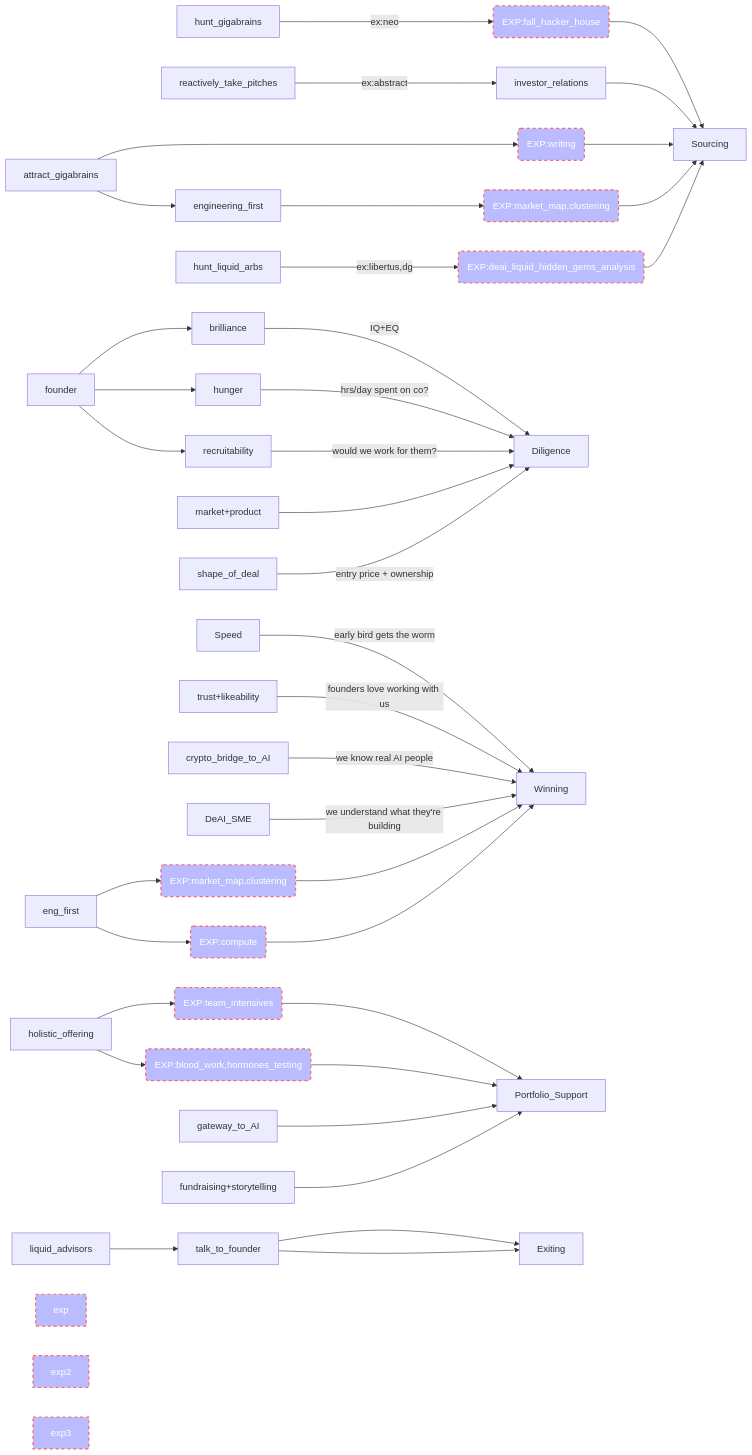
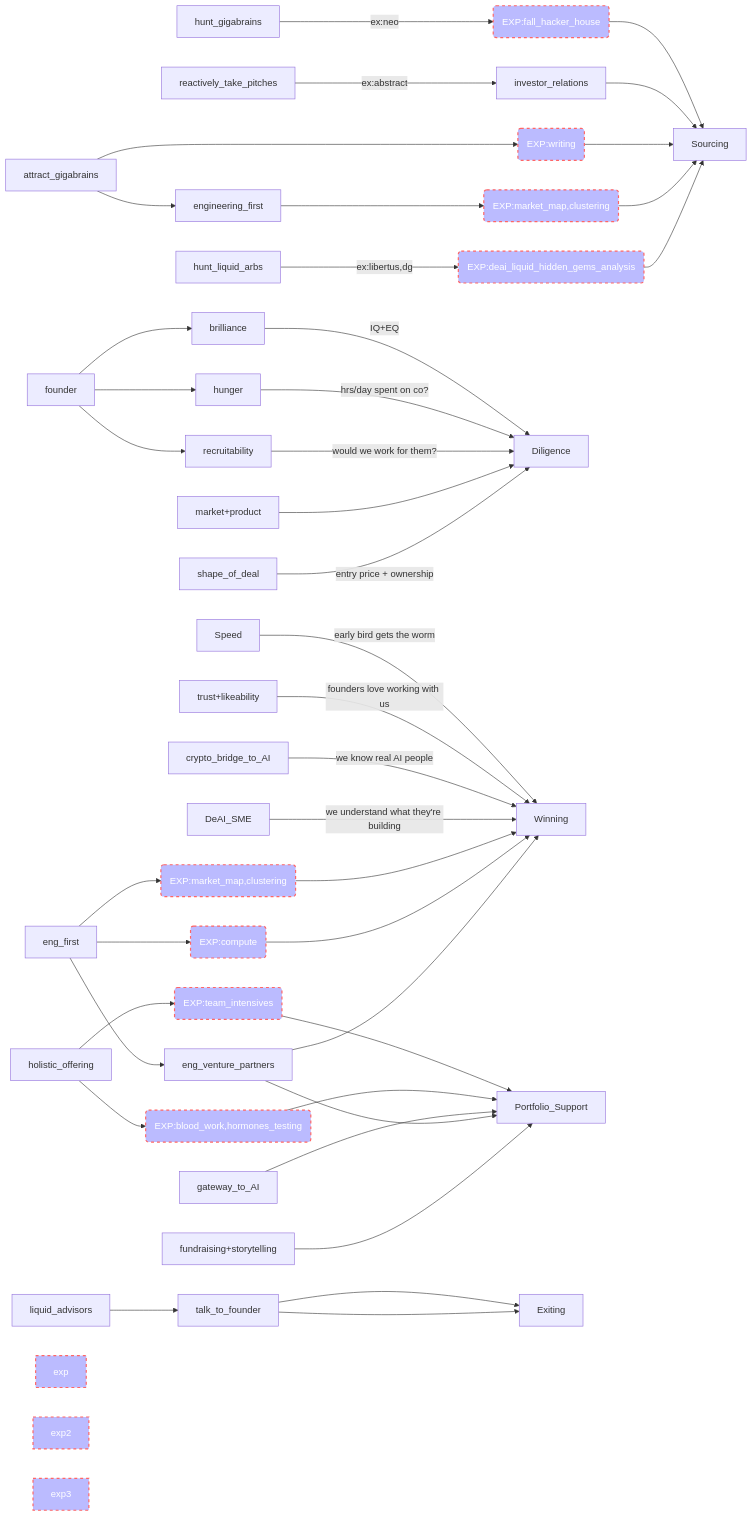
The diagram in README.md (ckathleen/topology-strategy), drawn with Mermaid before and after one commit.

````diff
--- a/README.md
+++ b/README.md
@@ -3,41 +3,43 @@
 ```mermaid
 graph LR
   hunt_gigabrains -- ex:neo --> exp8(EXP:fall_hacker_house) --> Sourcing
   reactively_take_pitches -- ex:abstract --> investor_relations --> Sourcing
   attract_gigabrains --> exp6(EXP:writing) --> Sourcing
   attract_gigabrains --> engineering_first --> exp0(EXP:market_map,clustering) --> Sourcing
 
   hunt_liquid_arbs -- ex:libertus,dg --> exp7(EXP:deai_liquid_hidden_gems_analysis) --> Sourcing
   founder --> brilliance -- IQ+EQ --> Diligence
   founder --> hunger -- hrs/day spent on co? --> Diligence
   founder --> recruitability -- would we work for them? --> Diligence
   market+product --> Diligence
   shape_of_deal -- entry price + ownership --> Diligence
   Speed -- early bird gets the worm --> Winning
   trust+likeability -- founders love working with us --> Winning
   crypto_bridge_to_AI -- we know real AI people --> Winning
   DeAI_SME -- we understand what they're building --> Winning
   eng_first --> exp9(EXP:market_map,clustering) --> Winning
   eng_first --> exp1(EXP:compute) --> Winning
+  eng_first --> eng_venture_partners --> Winning
   holistic_offering --> exp4(EXP:team_intensives) --> Portfolio_Support
   holistic_offering --> exp5(EXP:blood_work,hormones_testing) --> Portfolio_Support
   gateway_to_AI --> Portfolio_Support
+  eng_venture_partners --> Portfolio_Support
   fundraising+storytelling --> Portfolio_Support
   liquid_advisors --> talk_to_founder --> Exiting
   talk_to_founder --> Exiting
 
 style exp fill:#bbf,stroke:#f66,stroke-width:2px,color:#fff,stroke-dasharray: 5 5
 style exp0 fill:#bbf,stroke:#f66,stroke-width:2px,color:#fff,stroke-dasharray: 5 5
 style exp1 fill:#bbf,stroke:#f66,stroke-width:2px,color:#fff,stroke-dasharray: 5 5
 style exp2 fill:#bbf,stroke:#f66,stroke-width:2px,color:#fff,stroke-dasharray: 5 5
 style exp3 fill:#bbf,stroke:#f66,stroke-width:2px,color:#fff,stroke-dasharray: 5 5
 style exp4 fill:#bbf,stroke:#f66,stroke-width:2px,color:#fff,stroke-dasharray: 5 5
 style exp5 fill:#bbf,stroke:#f66,stroke-width:2px,color:#fff,stroke-dasharray: 5 5
 style exp6 fill:#bbf,stroke:#f66,stroke-width:2px,color:#fff,stroke-dasharray: 5 5
 style exp7 fill:#bbf,stroke:#f66,stroke-width:2px,color:#fff,stroke-dasharray: 5 5
 style exp8 fill:#bbf,stroke:#f66,stroke-width:2px,color:#fff,stroke-dasharray: 5 5
 style exp9 fill:#bbf,stroke:#f66,stroke-width:2px,color:#fff,stroke-dasharray: 5 5
 
 
 
 ```
````
